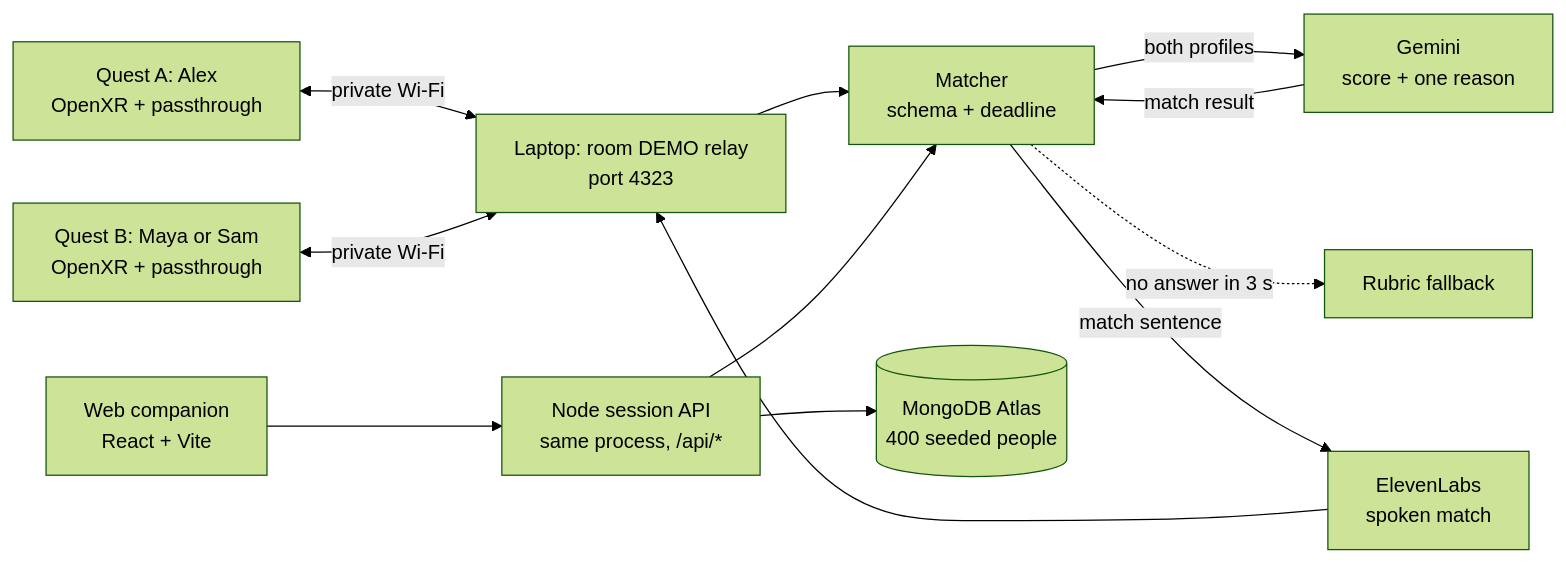
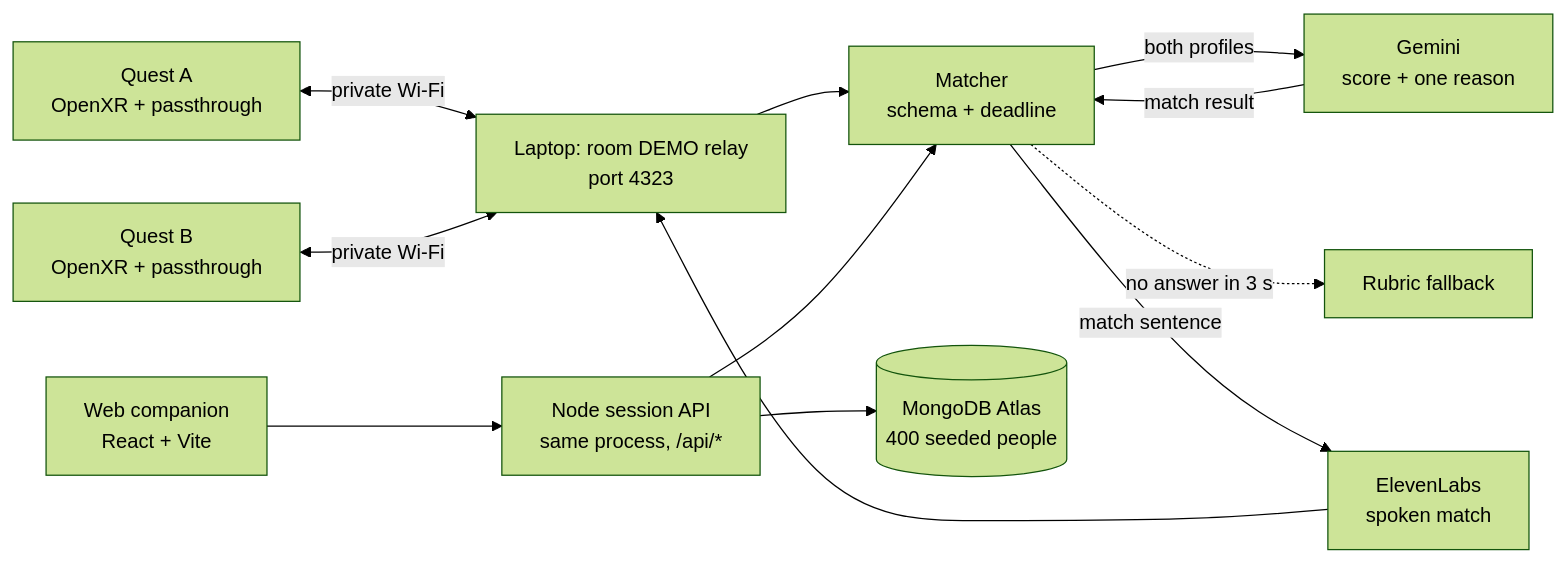
The diagram in README.md (pooravrawat1/align), drawn with Mermaid (forest theme) before and after one commit. The commit also changed other lines of this file, not shown here.

````diff
--- a/README.md
+++ b/README.md
@@ -36,25 +36,25 @@
 ```mermaid
 flowchart LR
-  questA["Quest A: Alex\nOpenXR + passthrough"]
-  questB["Quest B: Maya or Sam\nOpenXR + passthrough"]
+  questA["Quest A\nOpenXR + passthrough"]
+  questB["Quest B\nOpenXR + passthrough"]
   relay["Laptop: room DEMO relay\nport 4323"]
   matcher["Matcher\nschema + deadline"]
   gemini["Gemini\nscore + one reason"]
   rubric["Rubric fallback"]
   voice["ElevenLabs\nspoken match"]
   web["Web companion\nReact + Vite"]
   api["Node session API\nsame process, /api/*"]
   mongo[("MongoDB Atlas\n400 seeded people")]
  
   questA <-->|"private Wi-Fi"| relay
   questB <-->|"private Wi-Fi"| relay
   relay --> matcher
   matcher -->|"both profiles"| gemini
   gemini -->|"match result"| matcher
   matcher -.->|"no answer in 3 s"| rubric
   matcher -->|"match sentence"| voice
   voice --> relay
   web --> api
   api --> matcher
   api --> mongo
 ```
````
